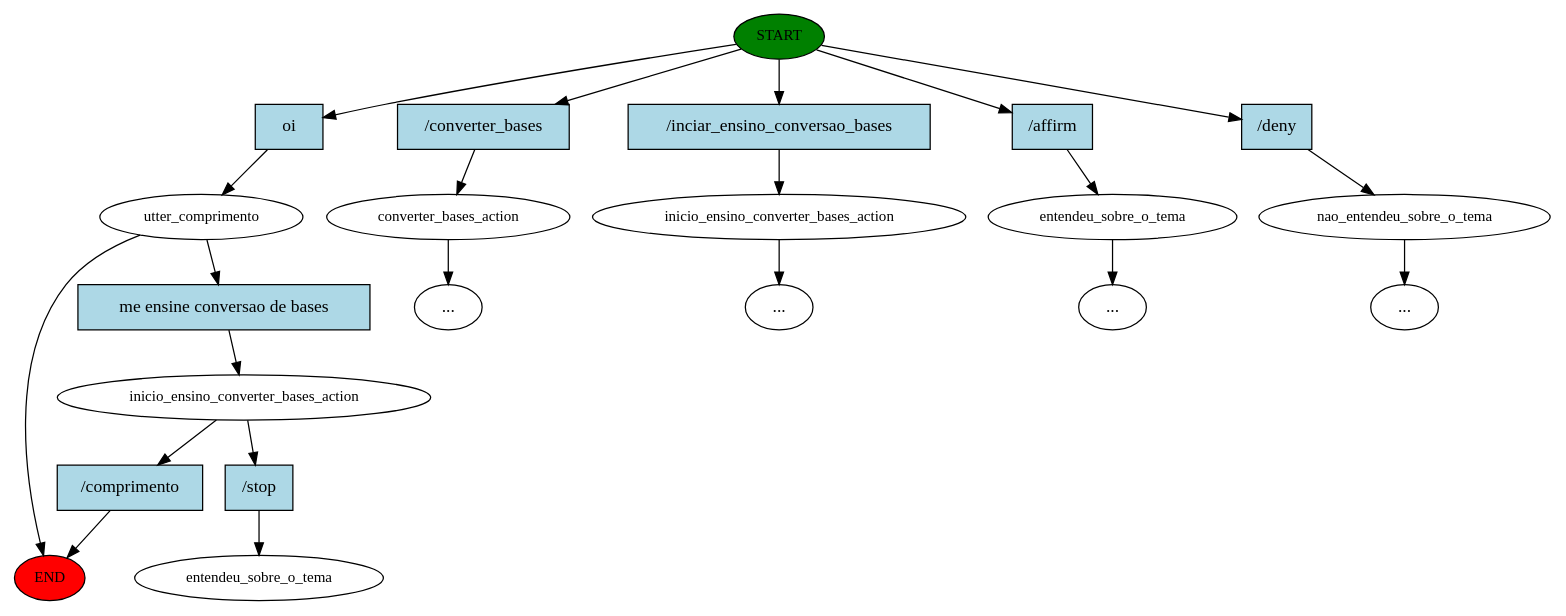
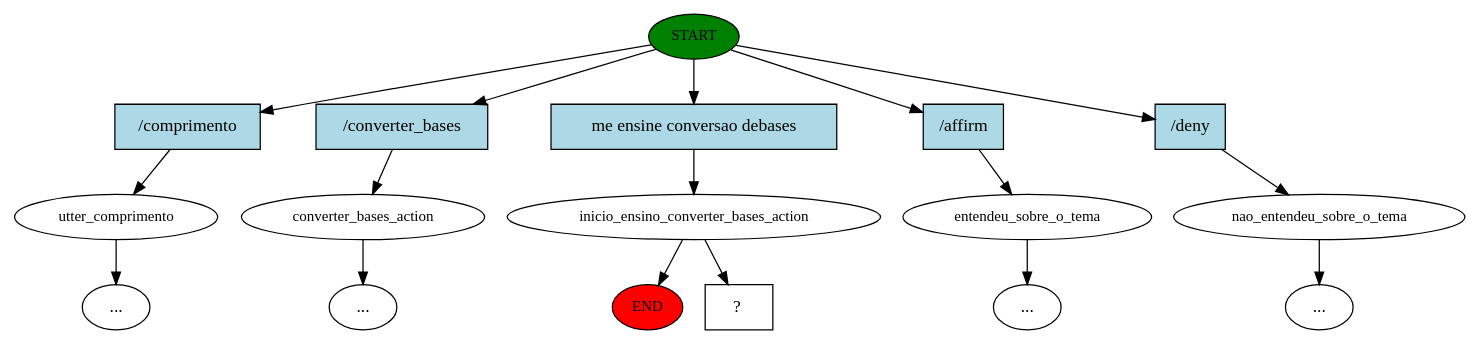
One commit to NeomDeveloper/ChatBotMath changed the diagram in story_graph.dot. Above: the diagram before and after it, drawn with Graphviz. The commit also changed 3 other files, not shown here.

```diff
--- a/story_graph.dot
+++ b/story_graph.dot
@@ -1,44 +1,35 @@
 digraph  {
 0 [class="start active", fillcolor=green, fontsize=12, label=START, style=filled];
 "-1" [class=end, fillcolor=red, fontsize=12, label=END, style=filled];
-1 [class=active, fontsize=12, label=utter_comprimento];
-2 [class="", fontsize=12, label=converter_bases_action];
-"-3" [class=ellipsis, label="..."];
-3 [class="", fontsize=12, label=inicio_ensino_converter_bases_action];
-"-4" [class=ellipsis, label="..."];
-4 [class="", fontsize=12, label=entendeu_sobre_o_tema];
+1 [class="", fontsize=12, label=utter_comprimento];
+3 [class="", fontsize=12, label=converter_bases_action];
 "-5" [class=ellipsis, label="..."];
-5 [class="", fontsize=12, label=nao_entendeu_sobre_o_tema];
+4 [class=active, fontsize=12, label=inicio_ensino_converter_bases_action];
+5 [class="", fontsize=12, label=entendeu_sobre_o_tema];
 "-6" [class=ellipsis, label="..."];
-7 [class=active, fontsize=12, label=inicio_ensino_converter_bases_action];
-10 [class="dashed active", fontsize=12, label=entendeu_sobre_o_tema];
-11 [class="intent active", fillcolor=lightblue, label=oi, shape=rect, style=filled];
+6 [class="", fontsize=12, label=nao_entendeu_sobre_o_tema];
+"-7" [class=ellipsis, label="..."];
+"-9" [class=ellipsis, label="..."];
+10 [class="intent dashed active", label="  ?  ", shape=rect];
+11 [class=intent, fillcolor=lightblue, label="\/comprimento", shape=rect, style=filled];
 12 [class=intent, fillcolor=lightblue, label="\/converter_bases", shape=rect, style=filled];
-13 [class=intent, fillcolor=lightblue, label="\/inciar_ensino_conversao_bases", shape=rect, style=filled];
+13 [class="intent active", fillcolor=lightblue, label="me\ ensine\ conversao\ debases", shape=rect, style=filled];
 14 [class=intent, fillcolor=lightblue, label="\/affirm", shape=rect, style=filled];
 15 [class=intent, fillcolor=lightblue, label="\/deny", shape=rect, style=filled];
-16 [class="intent active", fillcolor=lightblue, label="me\ ensine\ conversao\ de\ bases", shape=rect, style=filled];
-17 [class=intent, fillcolor=lightblue, label="\/comprimento", shape=rect, style=filled];
-18 [class="intent active", fillcolor=lightblue, label="\/stop", shape=rect, style=filled];
-0 -> 11  [class=active, key=0];
+0 -> 11  [class="", key=0];
 0 -> 12  [class="", key=0];
-0 -> 13  [class="", key=0];
+0 -> 13  [class=active, key=0];
 0 -> 14  [class="", key=0];
 0 -> 15  [class="", key=0];
-1 -> "-1"  [class="", key=NONE, label=""];
-1 -> 16  [class=active, key=0];
-2 -> "-3"  [class="", key=NONE, label=""];
-3 -> "-4"  [class="", key=NONE, label=""];
-4 -> "-5"  [class="", key=NONE, label=""];
+1 -> "-9"  [class="", key=NONE, label=""];
+3 -> "-5"  [class="", key=NONE, label=""];
+4 -> "-1"  [class="", key=NONE, label=""];
+4 -> 10  [class=active, key=NONE, label=""];
 5 -> "-6"  [class="", key=NONE, label=""];
-7 -> 17  [class="", key=0];
-7 -> 18  [class=active, key=0];
-11 -> 1  [class=active, key=0];
-12 -> 2  [class="", key=0];
-13 -> 3  [class="", key=0];
-14 -> 4  [class="", key=0];
-15 -> 5  [class="", key=0];
-16 -> 7  [class=active, key=0];
-17 -> "-1"  [class="", key=0];
-18 -> 10  [class=active, key=0];
+6 -> "-7"  [class="", key=NONE, label=""];
+11 -> 1  [class="", key=0];
+12 -> 3  [class="", key=0];
+13 -> 4  [class=active, key=0];
+14 -> 5  [class="", key=0];
+15 -> 6  [class="", key=0];
 }
```
